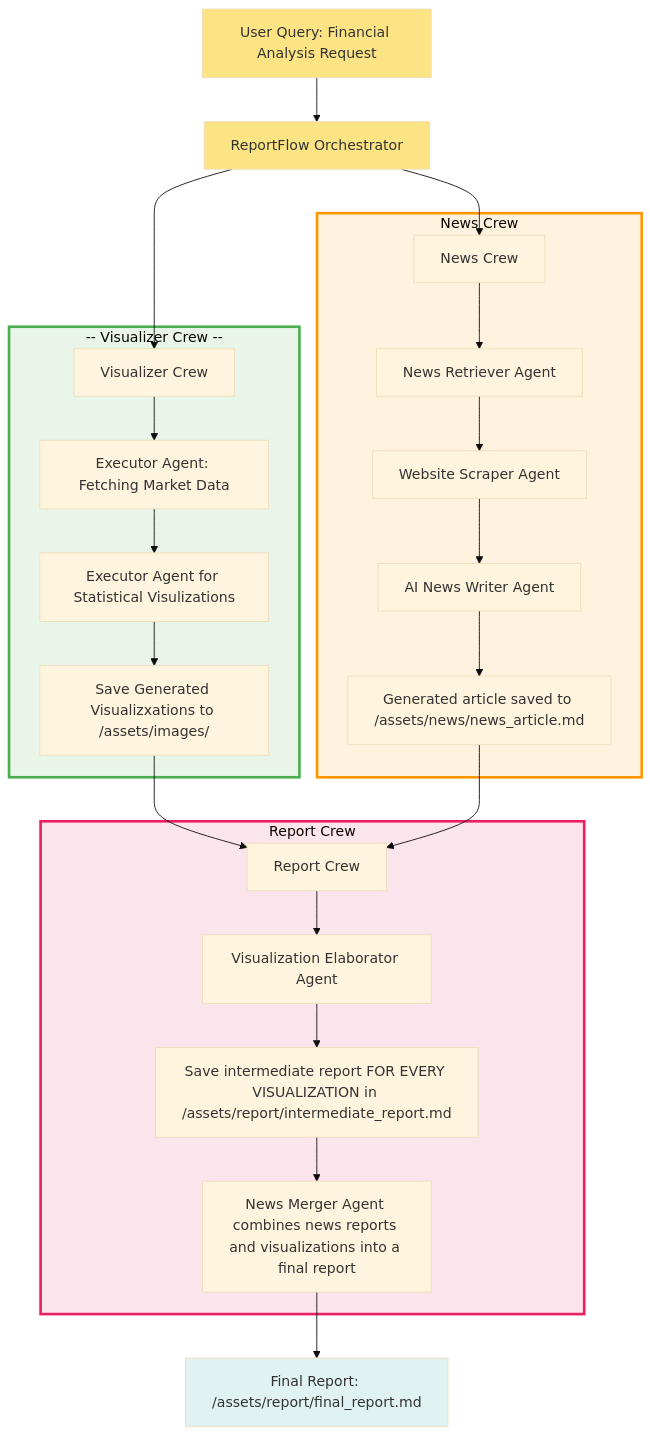
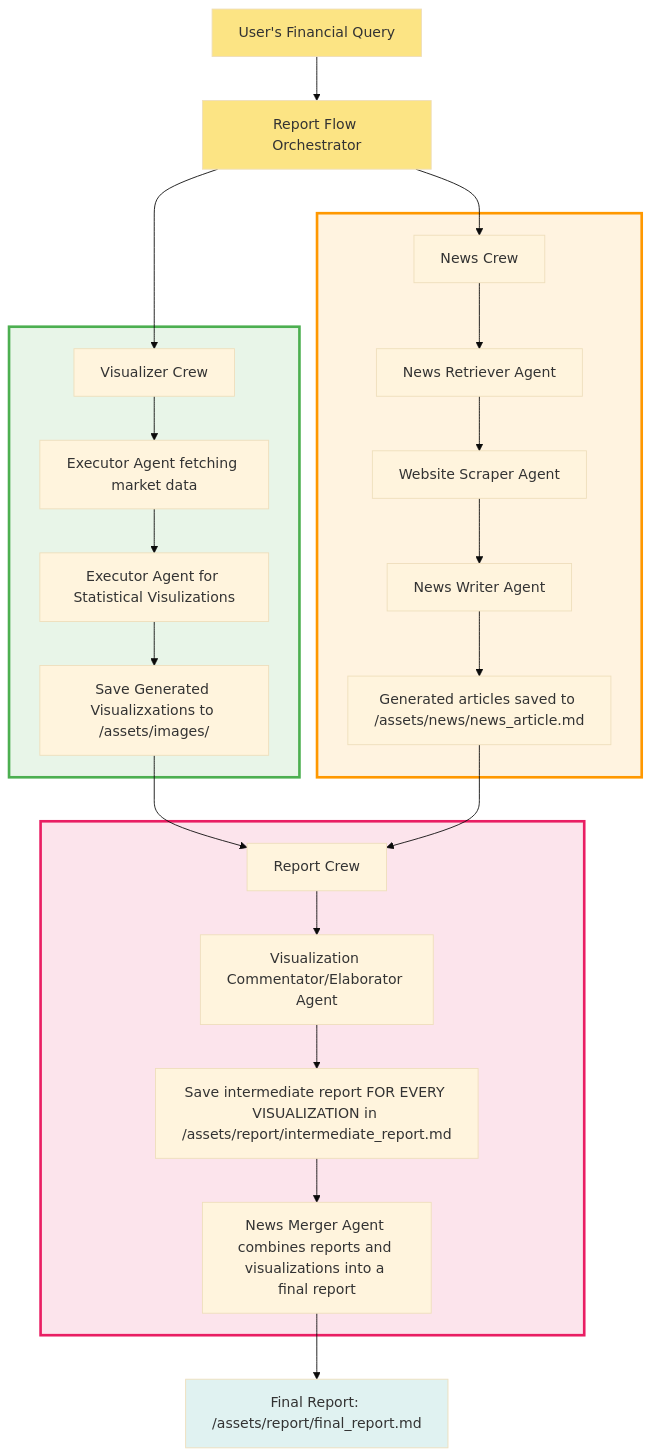
One commit to rohan-g0re/Agent-Crew-for-Deep-Research changed the diagram in README.md. Above: the diagram before and after it, drawn with Mermaid (base theme).

````diff
--- a/README.md
+++ b/README.md
@@ -11,39 +11,39 @@
 ```mermaid
 graph TD
-    A[User Query: Financial Analysis Request] --> B[ReportFlow Orchestrator]
+    A[User's Financial Query] --> B[Report Flow Orchestrator]
     
     B --> C[Visualizer Crew]
     B --> D[News Crew]
     
-    subgraph VIZ [" -- Visualizer Crew -- "]
-        C --> C2[Executor Agent: Fetching Market Data]
+    subgraph VIZ [" "]
+        C --> C2[Executor Agent fetching market data]
         C2 --> C3[Executor Agent for Statistical Visulizations]
         C3 --> C4[Save Generated Visualizxations to /assets/images/]
     end
     
-    subgraph NEWS ["News Crew"]
+    subgraph NEWS [" "]
         D --> D1[News Retriever Agent]
         D1 --> D3[Website Scraper Agent]
-        D3 --> D5[AI News Writer Agent]
-        D5 --> D7[Generated article saved to /assets/news/news_article.md]
+        D3 --> D5[News Writer Agent]
+        D5 --> D7[Generated articles saved to /assets/news/news_article.md]
     end
     
     C4 --> E[Report Crew]
     D7 --> E
     
-    subgraph REPORT ["Report Crew"]
-        E --> E1[Visualization Elaborator Agent]
+    subgraph REPORT [" "]
+        E --> E1[Visualization Commentator/Elaborator Agent]
         E1 --> E4[Save intermediate report FOR EVERY VISUALIZATION in /assets/report/intermediate_report.md]
         
-        E4 --> E5[News Merger Agent combines news reports and visualizations into a final report]
+        E4 --> E5[News Merger Agent combines reports and visualizations into a final report]
     end
     E5 --> F[Final Report: /assets/report/final_report.md]
     
     style A fill:#fce484
     style B fill:#fce484
     style F fill:#e0f2f1
     
     style VIZ fill:#e8f5e8,stroke:#4caf50,stroke-width:3px
     style NEWS fill:#fff3e0,stroke:#ff9800,stroke-width:3px
     style REPORT fill:#fce4ec,stroke:#e91e63,stroke-width:3px
 ```
````
